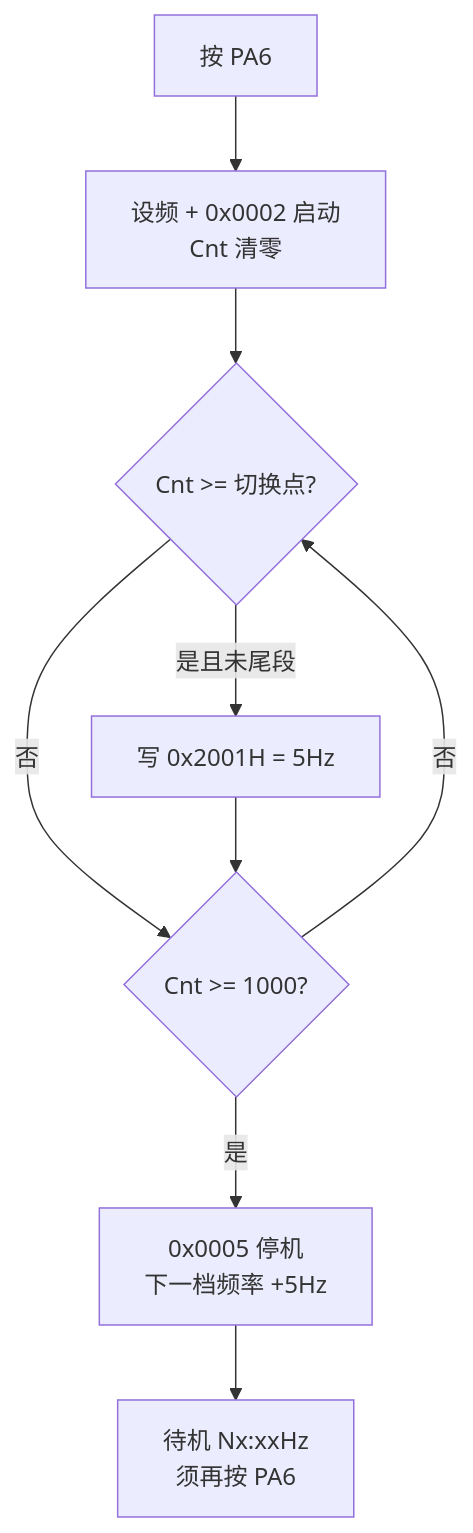
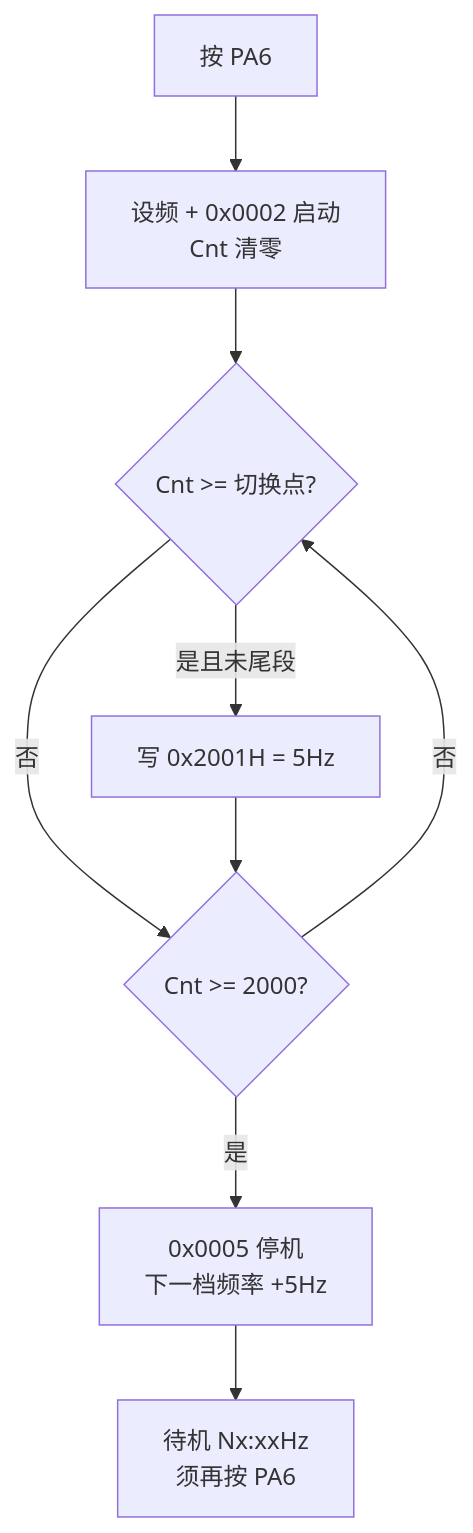
The second of 4 diagrams in Examples/NPN/NPN05_Preset_Pump_HwAlgo/README.md (mdbsliguo/stm32_template_SPL), drawn with Mermaid before and after one commit. The commit also changed other lines of this file and 7 other files, not shown here.

````diff
--- a/Examples/NPN/NPN05_Preset_Pump_HwAlgo/README.md
+++ b/Examples/NPN/NPN05_Preset_Pump_HwAlgo/README.md
@@ -271,11 +285,11 @@
 ```mermaid
 flowchart TD
     A[按 PA6] --> B[设频 + 0x0002 启动<br/>Cnt 清零]
     B --> C{Cnt >= 切换点?}
     C -->|是且未尾段| D[写 0x2001H = 5Hz]
-    C -->|否| E{Cnt >= 1000?}
+    C -->|否| E{Cnt >= 2000?}
     D --> E
     E -->|是| F[0x0005 停机<br/>下一档频率 +5Hz]
     E -->|否| C
     F --> G[待机 Nx:xxHz<br/>须再按 PA6]
 ```
````
